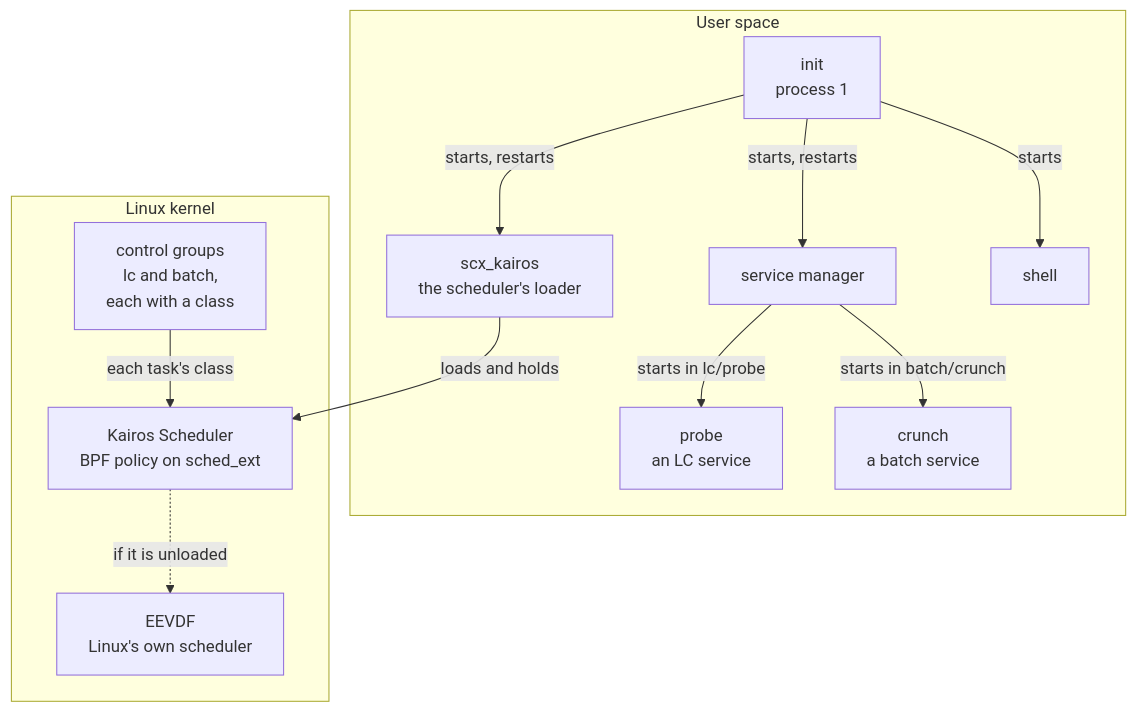
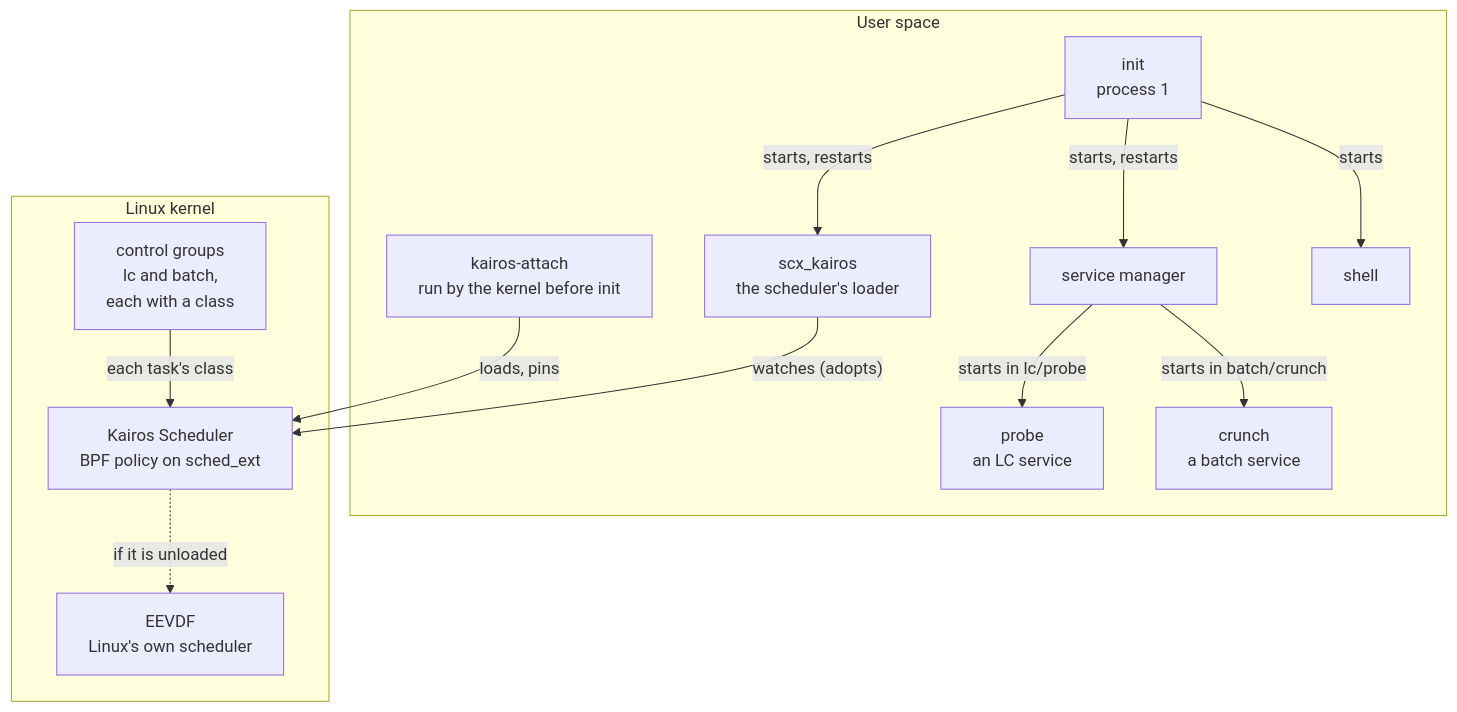
One commit to AayushNair10/KairOS changed the first of 2 diagrams in README.md. Above: the diagram before and after it, drawn with Mermaid. The commit also changed other lines of this file and 2 other files, not shown here.

````diff
--- a/README.md
+++ b/README.md
@@ -33,24 +35,26 @@
 ```mermaid
 flowchart TB
     subgraph US["User space"]
+        att["kairos-attach<br/>run by the kernel before init"]
         pid1["init<br/>process 1"]
         ldr["scx_kairos<br/>the scheduler's loader"]
         mgr["service manager"]
         sh1["shell"]
         svc1["probe<br/>an LC service"]
         svc2["crunch<br/>a batch service"]
         pid1 -->|"starts, restarts"| ldr
         pid1 -->|"starts, restarts"| mgr
         pid1 -->|"starts"| sh1
         mgr -->|"starts in lc/probe"| svc1
         mgr -->|"starts in batch/crunch"| svc2
     end
     subgraph K["Linux kernel"]
         groups["control groups<br/>lc and batch,<br/>each with a class"]
         bpf["Kairos Scheduler<br/>BPF policy on sched_ext"]
         fair["EEVDF<br/>Linux's own scheduler"]
         groups -->|"each task's class"| bpf
         bpf -.->|"if it is unloaded"| fair
     end
-    ldr -->|"loads and holds"| bpf
+    att -->|"loads, pins"| bpf
+    ldr -->|"watches (adopts)"| bpf
 ```
````
